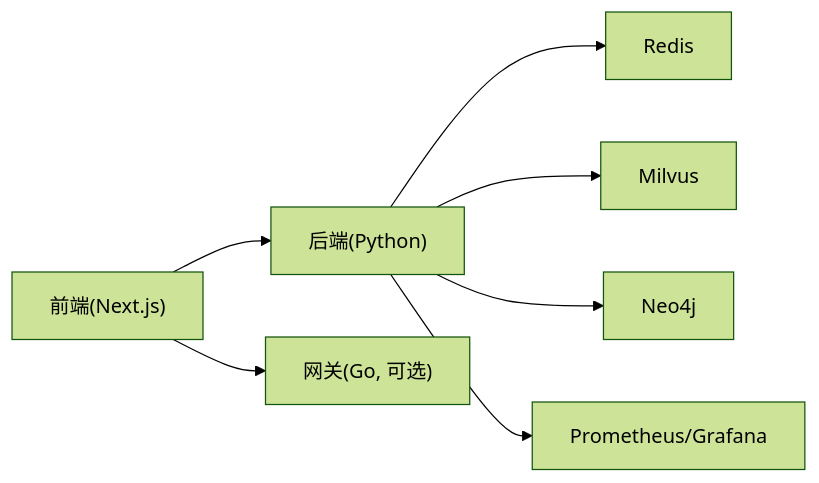
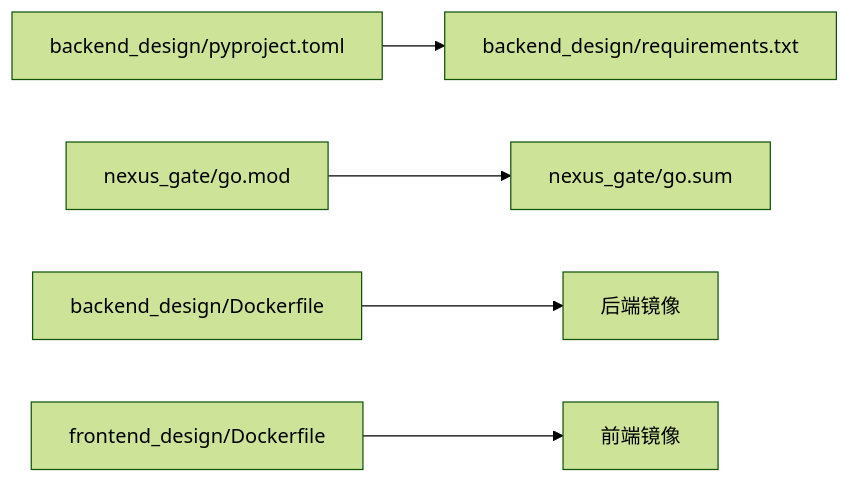
One commit to zmdhdu/NexusCockpit changed the fifth of 5 diagrams in .qoder/repowiki/zh/content/快速开始.md. Above: the diagram before and after it, drawn with Mermaid (forest theme). The commit also changed other lines of this file and 478 other files, not shown here.

````diff
--- a/.qoder/repowiki/zh/content/快速开始.md
+++ b/.qoder/repowiki/zh/content/快速开始.md
@@ -234,9 +341,7 @@
 ```mermaid
 graph LR
-A["后端(Python)"] --> C["Redis"]
-A --> D["Milvus"]
-A --> E["Neo4j"]
-A --> F["Prometheus/Grafana"]
-B["前端(Next.js)"] --> A
-B --> G["网关(Go, 可选)"]
+A["backend_design/pyproject.toml"] --> B["backend_design/requirements.txt"]
+C["nexus_gate/go.mod"] --> D["nexus_gate/go.sum"]
+E["backend_design/Dockerfile"] --> F["后端镜像"]
+G["frontend_design/Dockerfile"] --> H["前端镜像"]
 ```
````
